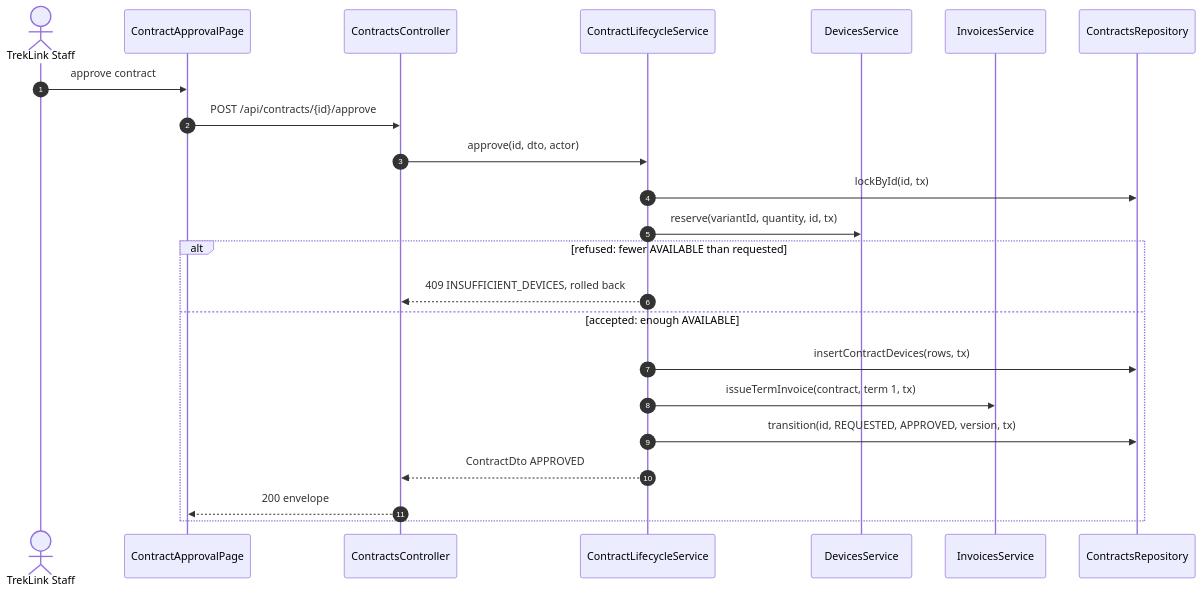
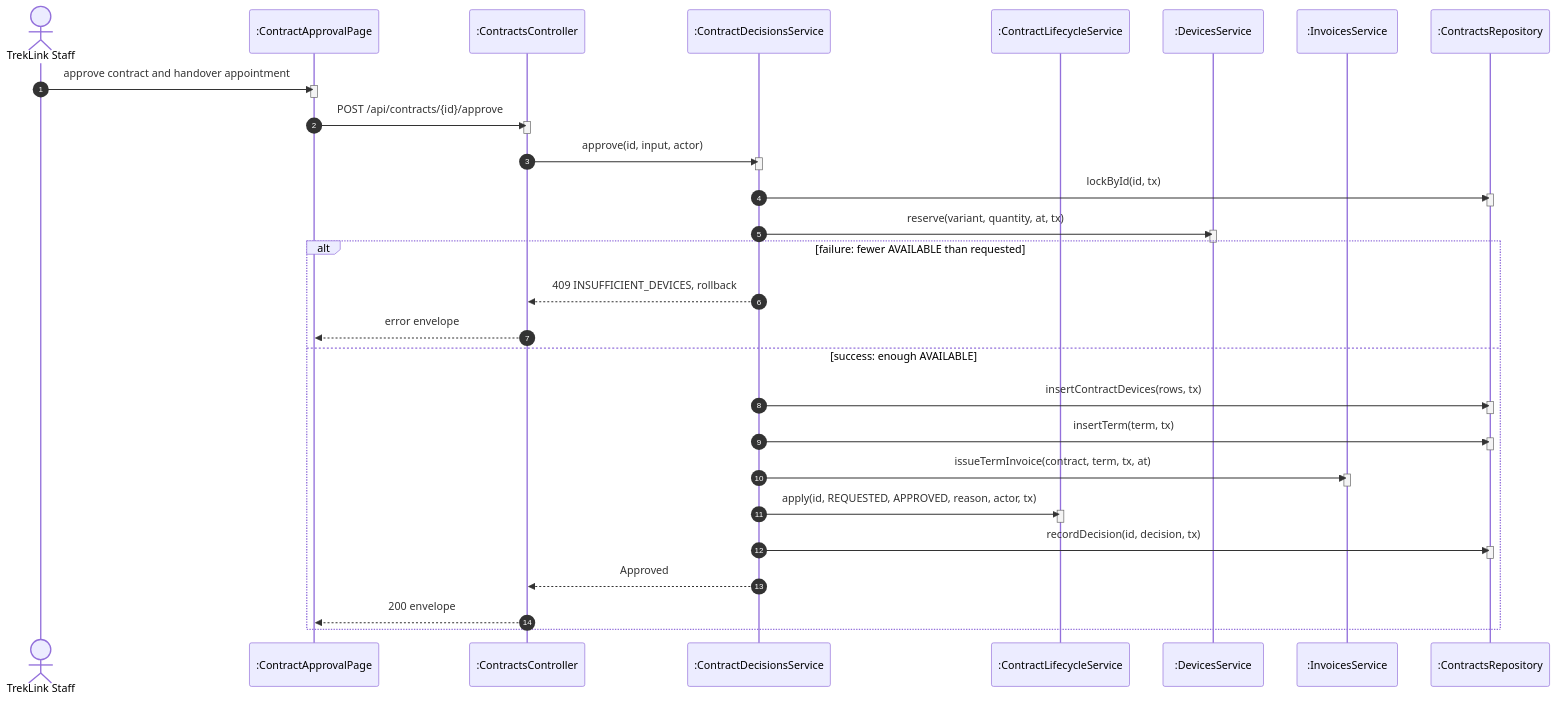
One commit to TrekLink-Team/treklink-web changed diagram 18 of 29 in specs/rentals/design.md. Above: the diagram before and after it, drawn with Mermaid. The commit also changed other lines of this file and 2 other files, not shown here.

First line of the commit message:
docs: one alt per sequence, code-true guards and per-use-case class panels (review of #113)

````diff
--- a/specs/rentals/design.md
+++ b/specs/rentals/design.md
@@ -347,25 +664,49 @@
 ```mermaid
 sequenceDiagram
     autonumber
     actor St as TrekLink Staff
-    participant P as ContractApprovalPage
-    participant C as ContractsController
-    participant L as ContractLifecycleService
-    participant D as DevicesService
-    participant I as InvoicesService
-    participant R as ContractsRepository
-    St->>P: approve contract
+    participant P as :ContractApprovalPage
+    participant C as :ContractsController
+    participant S as :ContractDecisionsService
+    participant L as :ContractLifecycleService
+    participant D as :DevicesService
+    participant I as :InvoicesService
+    participant R as :ContractsRepository
+    St->>P: approve contract and handover appointment
+    activate P
+    deactivate P
     P->>C: POST /api/contracts/{id}/approve
-    C->>L: approve(id, dto, actor)
-    L->>R: lockById(id, tx)
-    L->>D: reserve(variantId, quantity, id, tx)
-    alt refused: fewer AVAILABLE than requested
-        L-->>C: 409 INSUFFICIENT_DEVICES, rolled back
-    else accepted: enough AVAILABLE
-        L->>R: insertContractDevices(rows, tx)
-        L->>I: issueTermInvoice(contract, term 1, tx)
-        L->>R: transition(id, REQUESTED, APPROVED, version, tx)
-        L-->>C: ContractDto APPROVED
+    activate C
+    deactivate C
+    C->>S: approve(id, input, actor)
+    activate S
+    deactivate S
+    S->>R: lockById(id, tx)
+    activate R
+    deactivate R
+    S->>D: reserve(variant, quantity, at, tx)
+    activate D
+    deactivate D
+    alt failure: fewer AVAILABLE than requested
+        S-->>C: 409 INSUFFICIENT_DEVICES, rollback
+        C-->>P: error envelope
+    else success: enough AVAILABLE
+        S->>R: insertContractDevices(rows, tx)
+        activate R
+        deactivate R
+        S->>R: insertTerm(term, tx)
+        activate R
+        deactivate R
+        S->>I: issueTermInvoice(contract, term, tx, at)
+        activate I
+        deactivate I
+        S->>L: apply(id, REQUESTED, APPROVED, reason, actor, tx)
+        activate L
+        deactivate L
+        S->>R: recordDecision(id, decision, tx)
+        activate R
+        deactivate R
+        S-->>C: Approved
         C-->>P: 200 envelope
     end
 ```
````
